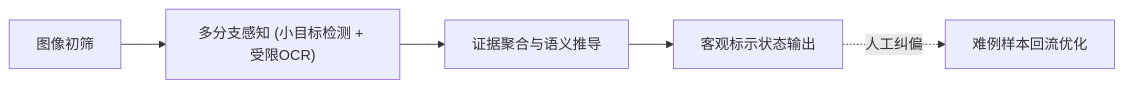
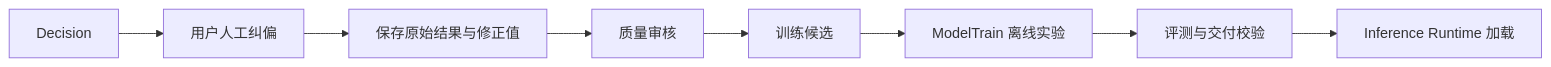
One commit to QingMouFoodDate/ProjectPRD changed the fourth of 6 diagrams in ARCHITECTURE.md. Above: the diagram before and after it, drawn with Mermaid. The commit also changed other lines of this file and 9 other files, not shown here.

````diff
--- a/ARCHITECTURE.md
+++ b/ARCHITECTURE.md
@@ -12,7 +139,10 @@
 ```mermaid
 flowchart LR
-    A["图像初筛"] --> B["多分支感知 (小目标检测 + 受限OCR)"]
-    B --> C["证据聚合与语义推导"]
-    C --> D["客观标示状态输出"]
-    D -.->|"人工纠偏"| E["难例样本回流优化"]
+    D["Decision"] --> C["用户人工纠偏"]
+    C --> R["保存原始结果与修正值"]
+    R --> Q["质量审核"]
+    Q --> T["训练候选"]
+    T --> M["ModelTrain 离线实验"]
+    M --> V["评测与交付校验"]
+    V --> I["Inference Runtime 加载"]
 ```
````
